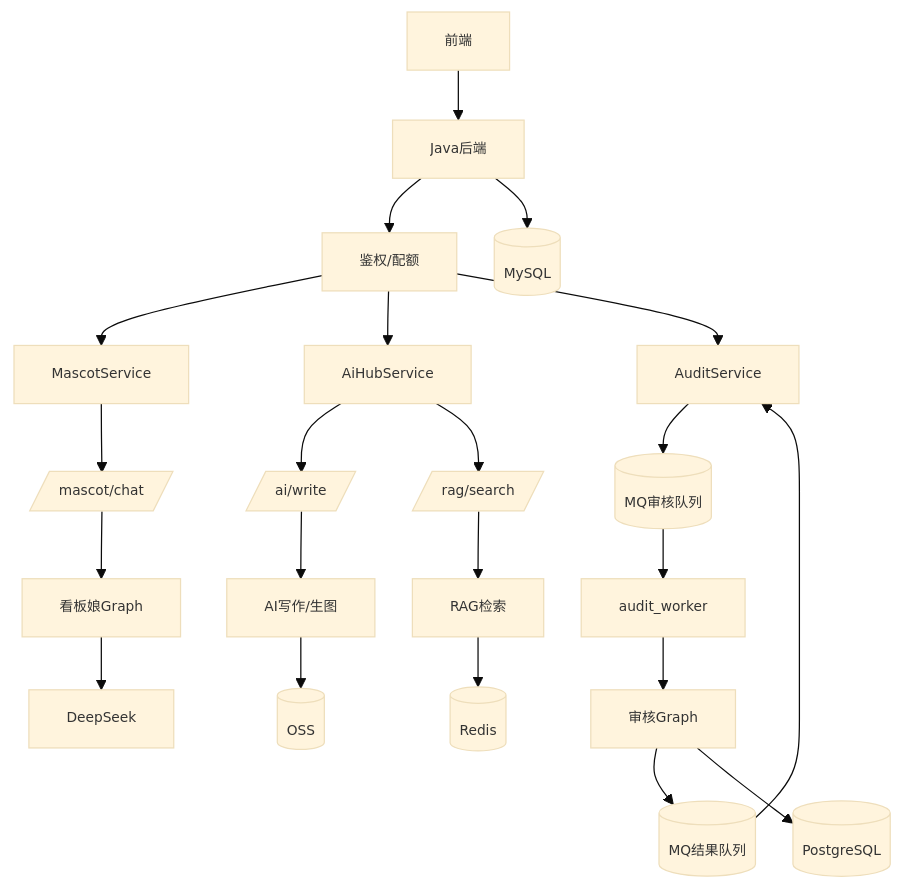
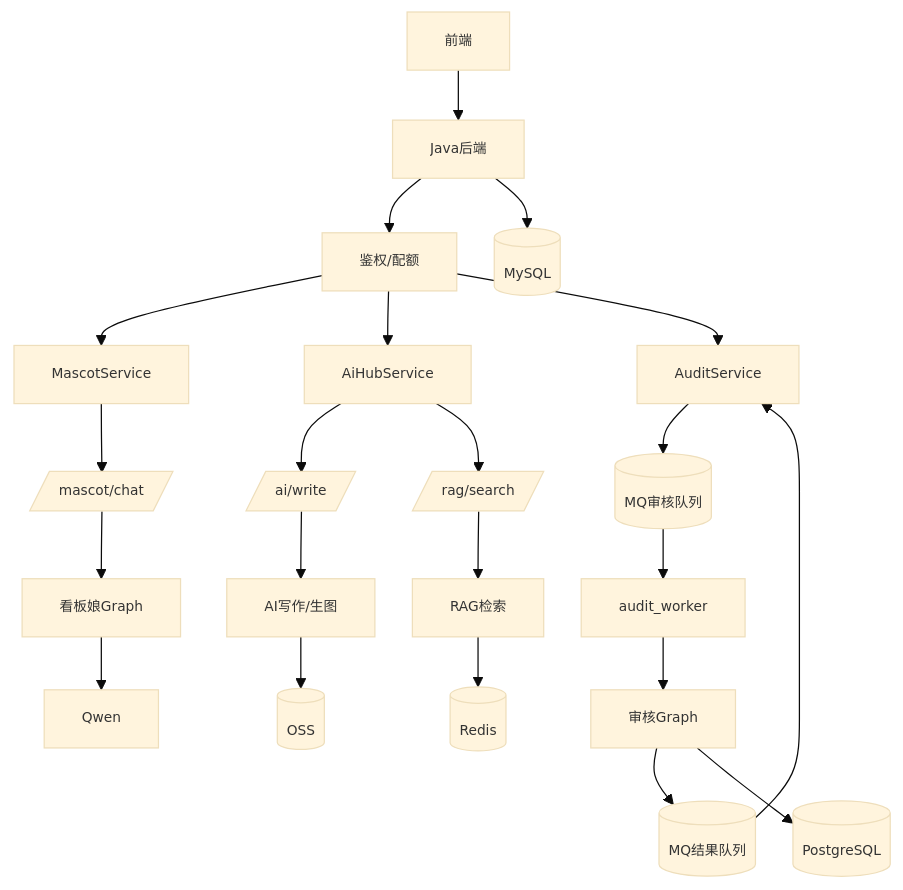
The third of 23 diagrams in README.md (pluchon/mengmeng_forum), drawn with Mermaid before and after one commit. The commit also changed other lines of this file and 41 other files, not shown here.

````diff
--- a/README.md
+++ b/README.md
@@ -136,29 +136,29 @@
 ```mermaid
 %%{init: {'theme':'base', 'themeVariables': {'fontSize':'11px'}, 'flowchart': {'curve':'basis', 'nodeSpacing': 30, 'rankSpacing': 40}}}%%
 flowchart TD
   FE[前端] --> BE[Java后端]
   BE --> AUTH[鉴权/配额]
   AUTH --> MASCOT_J[MascotService]
   AUTH --> AIHUB_J[AiHubService]
   AUTH --> AUDIT_J[AuditService]
   
   MASCOT_J --> MASCOT_API[/mascot/chat/]
   AIHUB_J --> AI_API[/ai/write/]
   AIHUB_J --> RAG_API[/rag/search/]
   
   MASCOT_API --> MASCOT_G[看板娘Graph]
   AI_API --> HUB_SVC[AI写作/生图]
   RAG_API --> RAG[RAG检索]
   
   AUDIT_J --> MQ_TASK[(MQ审核队列)]
   MQ_TASK --> WORKER[audit_worker]
   WORKER --> AUDIT_G[审核Graph]
   AUDIT_G --> MQ_RESULT[(MQ结果队列)]
   MQ_RESULT --> AUDIT_J
   
   BE --> MYSQL[(MySQL)]
   RAG --> REDIS[(Redis)]
   AUDIT_G --> PG[(PostgreSQL)]
-  MASCOT_G --> MODEL[DeepSeek]
+  MASCOT_G --> MODEL[Qwen]
   HUB_SVC --> OSS[(OSS)]
 ```
````
